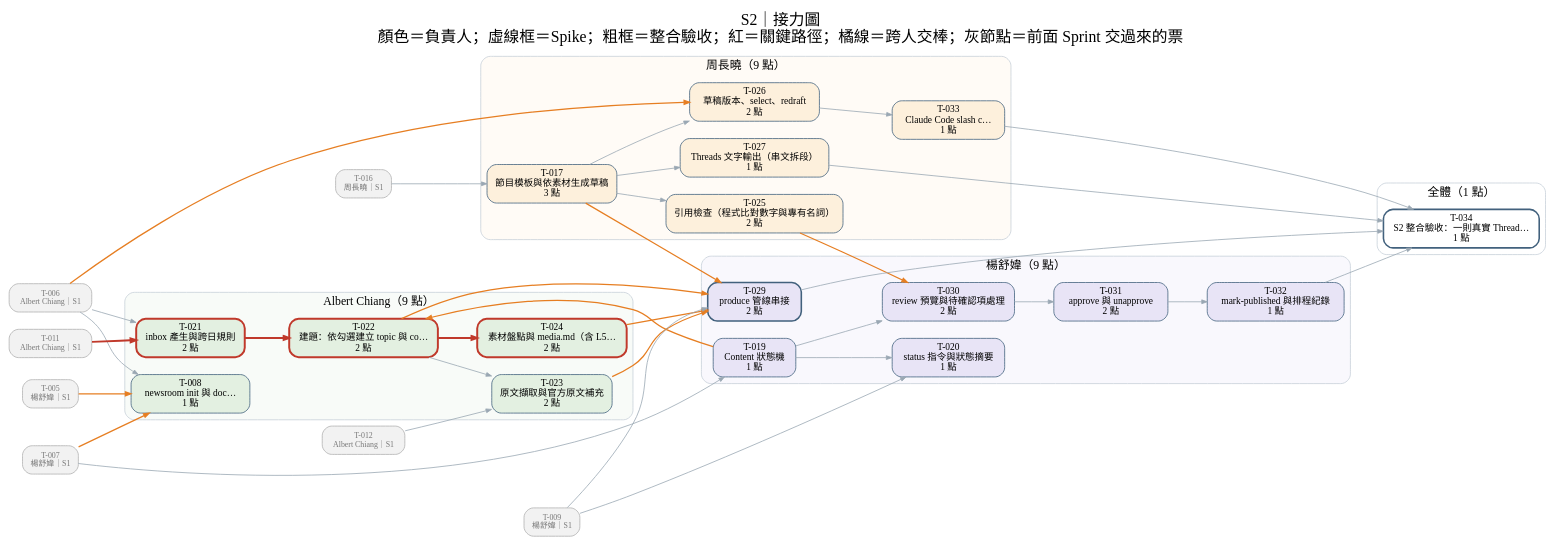
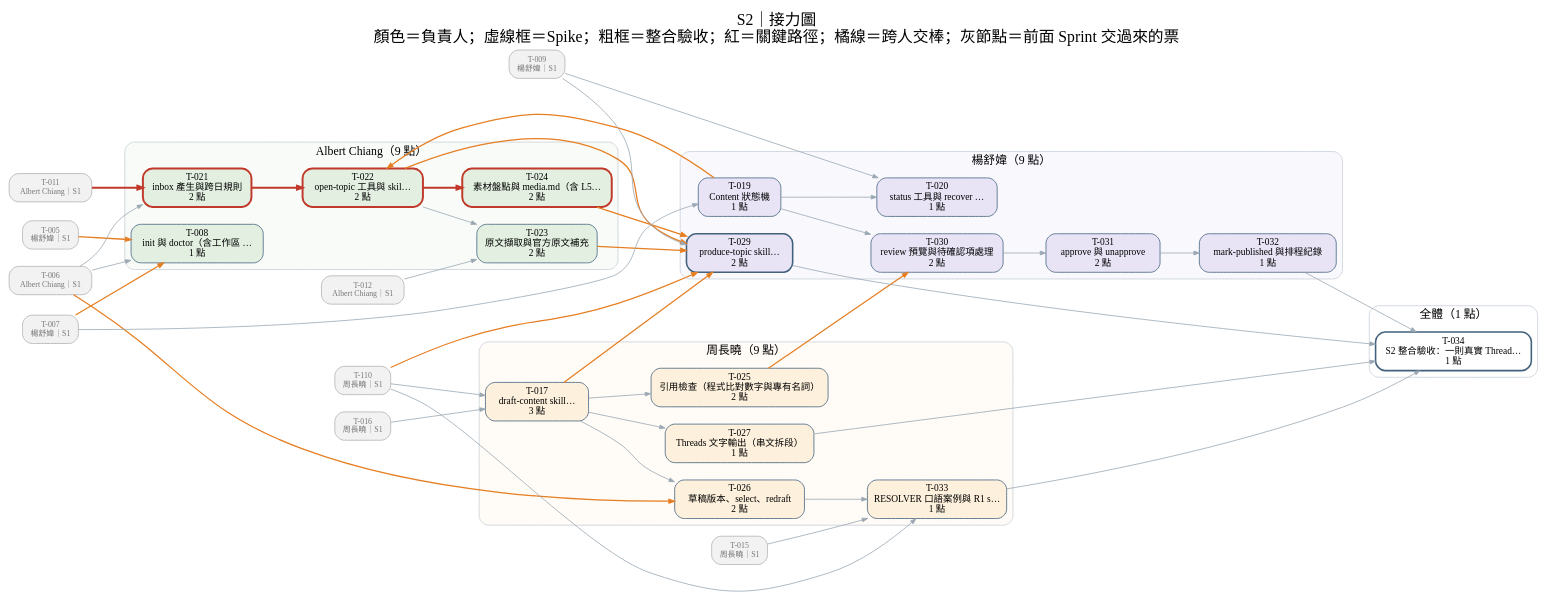
The diagram in docs/diagrams/dag-S2.dot (Zenobia000/AI_Media_Studio_content_pipe), drawn with Graphviz before and after one commit. The commit also changed 81 other files, not shown here.

First line of the commit message:
docs: switch orchestration to skills + agent and redraw diagrams (#5)

```diff
--- a/docs/diagrams/dag-S2.dot
+++ b/docs/diagrams/dag-S2.dot
@@ -1,111 +1,119 @@
 digraph S {
 graph [rankdir=LR, bgcolor="white", fontname="Microsoft JhengHei", fontsize=20, labelloc=t, nodesep=0.3, ranksep=0.7, label="S2｜接力圖
 顏色＝負責人；虛線框＝Spike；粗框＝整合驗收；紅＝關鍵路徑；橘線＝跨人交棒；灰節點＝前面 Sprint 交過來的票"];
 node [shape=box, style="rounded,filled", fontname="Microsoft JhengHei", fontsize=12, color="#42617d", margin="0.14,0.07"];
 edge [color="#9aa7b3", arrowsize=0.7];
 subgraph "cluster_Albert Chiang" { label="Albert Chiang（9 點）"; style="rounded,filled"; fillcolor="#e3f0e140"; color="#c7d0d9"; fontsize=15;
 "T-008" [label="T-008
-newsroom init 與 doc…
+init 與 doctor（含工作區 …
 1 點", fillcolor="#e3f0e1", style="rounded,filled"];
 "T-021" [label="T-021
 inbox 產生與跨日規則
 2 點", fillcolor="#e3f0e1", style="rounded,filled", penwidth=2.5, color="#c0392b"];
 "T-022" [label="T-022
-建題：依勾選建立 topic 與 co…
+open-topic 工具與 skil…
 2 點", fillcolor="#e3f0e1", style="rounded,filled", penwidth=2.5, color="#c0392b"];
 "T-023" [label="T-023
 原文擷取與官方原文補充
 2 點", fillcolor="#e3f0e1", style="rounded,filled"];
 "T-024" [label="T-024
 素材盤點與 media.md（含 L5…
 2 點", fillcolor="#e3f0e1", style="rounded,filled", penwidth=2.5, color="#c0392b"];
 }
 subgraph "cluster_周長曉" { label="周長曉（9 點）"; style="rounded,filled"; fillcolor="#fdf0dc40"; color="#c7d0d9"; fontsize=15;
 "T-017" [label="T-017
-節目模板與依素材生成草稿
+draft-content skill…
 3 點", fillcolor="#fdf0dc", style="rounded,filled"];
 "T-025" [label="T-025
 引用檢查（程式比對數字與專有名詞）
 2 點", fillcolor="#fdf0dc", style="rounded,filled"];
 "T-026" [label="T-026
 草稿版本、select、redraft
 2 點", fillcolor="#fdf0dc", style="rounded,filled"];
 "T-027" [label="T-027
 Threads 文字輸出（串文拆段）
 1 點", fillcolor="#fdf0dc", style="rounded,filled"];
 "T-033" [label="T-033
-Claude Code slash c…
+RESOLVER 口語案例與 R1 s…
 1 點", fillcolor="#fdf0dc", style="rounded,filled"];
 }
 subgraph "cluster_楊舒媁" { label="楊舒媁（9 點）"; style="rounded,filled"; fillcolor="#e8e4f640"; color="#c7d0d9"; fontsize=15;
 "T-019" [label="T-019
 Content 狀態機
 1 點", fillcolor="#e8e4f6", style="rounded,filled"];
 "T-020" [label="T-020
-status 指令與狀態摘要
+status 工具與 recover …
 1 點", fillcolor="#e8e4f6", style="rounded,filled"];
 "T-029" [label="T-029
-produce 管線串接
+produce-topic skill…
 2 點", fillcolor="#e8e4f6", style="rounded,filled,bold"];
 "T-030" [label="T-030
 review 預覽與待確認項處理
 2 點", fillcolor="#e8e4f6", style="rounded,filled"];
 "T-031" [label="T-031
 approve 與 unapprove
 2 點", fillcolor="#e8e4f6", style="rounded,filled"];
 "T-032" [label="T-032
 mark-published 與排程紀錄
 1 點", fillcolor="#e8e4f6", style="rounded,filled"];
 }
 subgraph "cluster_全體" { label="全體（1 點）"; style="rounded,filled"; fillcolor="#ffffff40"; color="#c7d0d9"; fontsize=15;
 "T-034" [label="T-034
 S2 整合驗收：一則真實 Thread…
 1 點", fillcolor="#ffffff", style="rounded,filled,bold"];
 }
 "T-005" [label="T-005
 楊舒媁｜S1", fillcolor="#f2f2f2", color="#b0b0b0", fontcolor="#777777", fontsize=10];
 "T-006" [label="T-006
 Albert Chiang｜S1", fillcolor="#f2f2f2", color="#b0b0b0", fontcolor="#777777", fontsize=10];
 "T-007" [label="T-007
 楊舒媁｜S1", fillcolor="#f2f2f2", color="#b0b0b0", fontcolor="#777777", fontsize=10];
 "T-009" [label="T-009
 楊舒媁｜S1", fillcolor="#f2f2f2", color="#b0b0b0", fontcolor="#777777", fontsize=10];
 "T-011" [label="T-011
 Albert Chiang｜S1", fillcolor="#f2f2f2", color="#b0b0b0", fontcolor="#777777", fontsize=10];
 "T-012" [label="T-012
 Albert Chiang｜S1", fillcolor="#f2f2f2", color="#b0b0b0", fontcolor="#777777", fontsize=10];
+"T-015" [label="T-015
+周長曉｜S1", fillcolor="#f2f2f2", color="#b0b0b0", fontcolor="#777777", fontsize=10];
 "T-016" [label="T-016
+周長曉｜S1", fillcolor="#f2f2f2", color="#b0b0b0", fontcolor="#777777", fontsize=10];
+"T-110" [label="T-110
 周長曉｜S1", fillcolor="#f2f2f2", color="#b0b0b0", fontcolor="#777777", fontsize=10];
 "T-005" -> "T-008" [color="#e67e22", penwidth=1.6];
 "T-006" -> "T-008";
 "T-007" -> "T-008" [color="#e67e22", penwidth=1.6];
 "T-016" -> "T-017";
+"T-110" -> "T-017";
 "T-007" -> "T-019";
 "T-009" -> "T-020";
 "T-019" -> "T-020";
 "T-011" -> "T-021" [color="#c0392b", penwidth=2.5];
 "T-006" -> "T-021";
 "T-021" -> "T-022" [color="#c0392b", penwidth=2.5];
 "T-019" -> "T-022" [color="#e67e22", penwidth=1.6];
 "T-012" -> "T-023";
 "T-022" -> "T-023";
 "T-022" -> "T-024" [color="#c0392b", penwidth=2.5];
 "T-017" -> "T-025";
 "T-017" -> "T-026";
 "T-006" -> "T-026" [color="#e67e22", penwidth=1.6];
 "T-017" -> "T-027";
 "T-009" -> "T-029";
 "T-022" -> "T-029" [color="#e67e22", penwidth=1.6];
 "T-023" -> "T-029" [color="#e67e22", penwidth=1.6];
 "T-024" -> "T-029" [color="#e67e22", penwidth=1.6];
 "T-017" -> "T-029" [color="#e67e22", penwidth=1.6];
+"T-110" -> "T-029" [color="#e67e22", penwidth=1.6];
 "T-019" -> "T-030";
 "T-025" -> "T-030" [color="#e67e22", penwidth=1.6];
 "T-030" -> "T-031";
 "T-031" -> "T-032";
 "T-026" -> "T-033";
+"T-015" -> "T-033";
+"T-110" -> "T-033";
 "T-029" -> "T-034";
 "T-027" -> "T-034";
 "T-032" -> "T-034";
 "T-033" -> "T-034";
 }
```
